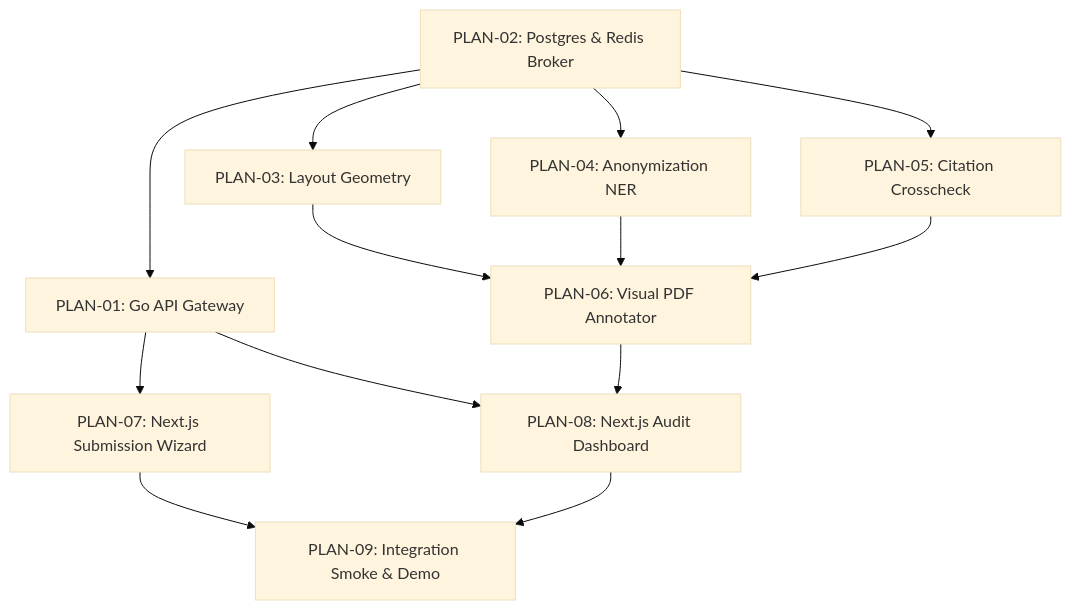
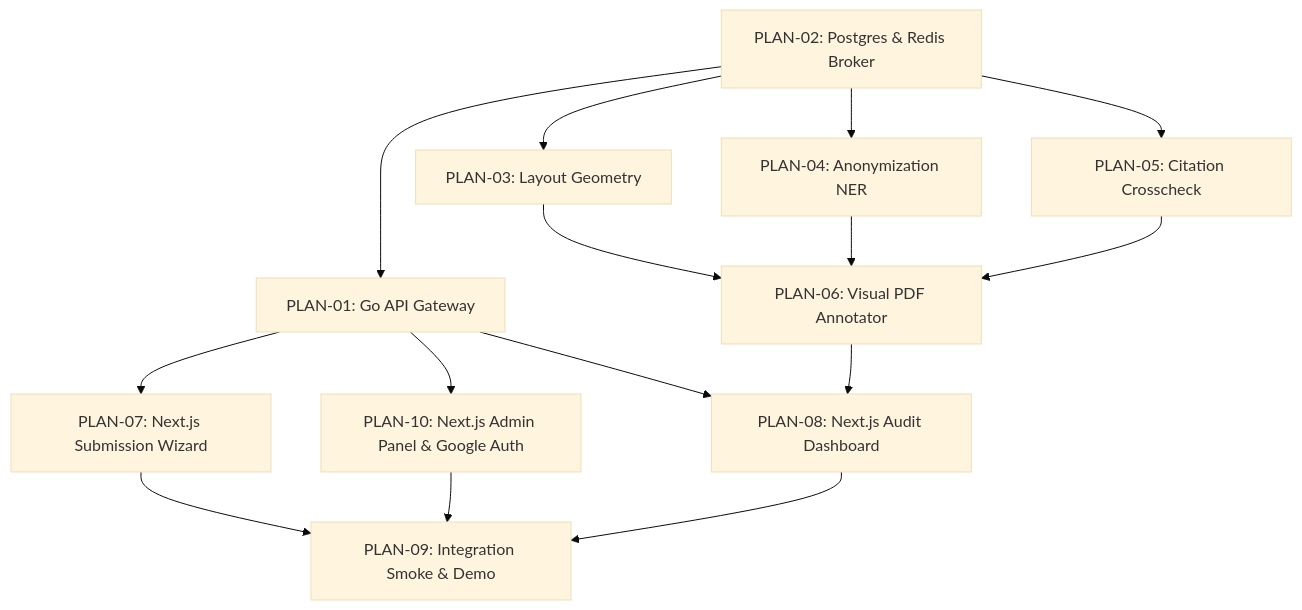
One commit to ageng133/jms changed the diagram in plans/00-INDEX.md. Above: the diagram before and after it, drawn with Mermaid (base theme). The commit also changed other lines of this file and 12 other files, not shown here.

Commit message:
feat(ui): implement modern landing page, Google OAuth simulation, and editorial admin panel

````diff
--- a/plans/00-INDEX.md
+++ b/plans/00-INDEX.md
@@ -29,11 +30,12 @@
 ```mermaid
 flowchart TD
     P02[PLAN-02: Postgres & Redis Broker] --> P01[PLAN-01: Go API Gateway]
     P01 --> P07[PLAN-07: Next.js Submission Wizard]
+    P01 --> P10[PLAN-10: Next.js Admin Panel & Google Auth]
     P02 --> P03[PLAN-03: Layout Geometry]
     P02 --> P04[PLAN-04: Anonymization NER]
     P02 --> P05[PLAN-05: Citation Crosscheck]
     P03 & P04 & P05 --> P06[PLAN-06: Visual PDF Annotator]
     P06 & P01 --> P08[PLAN-08: Next.js Audit Dashboard]
-    P07 & P08 --> P09[PLAN-09: Integration Smoke & Demo]
+    P07 & P08 & P10 --> P09[PLAN-09: Integration Smoke & Demo]
 ```
````
